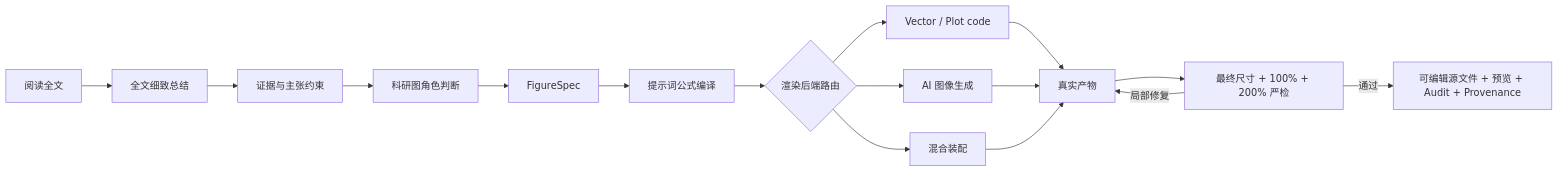
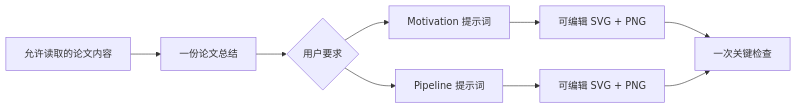
One commit to KaiyiHu/ResearchFigureSkill changed the diagram in README.zh-CN.md. Above: the diagram before and after it, drawn with Mermaid. The commit also changed other lines of this file and 8 other files, not shown here.

Commit message:
Simplify research figure workflow

````diff
--- a/README.zh-CN.md
+++ b/README.zh-CN.md
@@ -13,18 +12,11 @@
 ```mermaid
 flowchart LR
-    A["阅读全文"] --> B["全文细致总结"]
-    B --> C["证据与主张约束"]
-    C --> D["科研图角色判断"]
-    D --> E["FigureSpec"]
-    E --> F["提示词公式编译"]
-    F --> G{"渲染后端路由"}
-    G --> H["Vector / Plot code"]
-    G --> I["AI 图像生成"]
-    G --> J["混合装配"]
-    H --> K["真实产物"]
-    I --> K
-    J --> K
-    K --> L["最终尺寸 + 100% + 200% 严检"]
-    L -->|局部修复| K
-    L -->|通过| M["可编辑源文件 + 预览 + Audit + Provenance"]
+    A["允许读取的论文内容"] --> B["一份论文总结"]
+    B --> C{"用户要求"}
+    C --> D["Motivation 提示词"]
+    C --> E["Pipeline 提示词"]
+    D --> F["可编辑 SVG + PNG"]
+    E --> G["可编辑 SVG + PNG"]
+    F --> H["一次关键检查"]
+    G --> H
 ```
````
